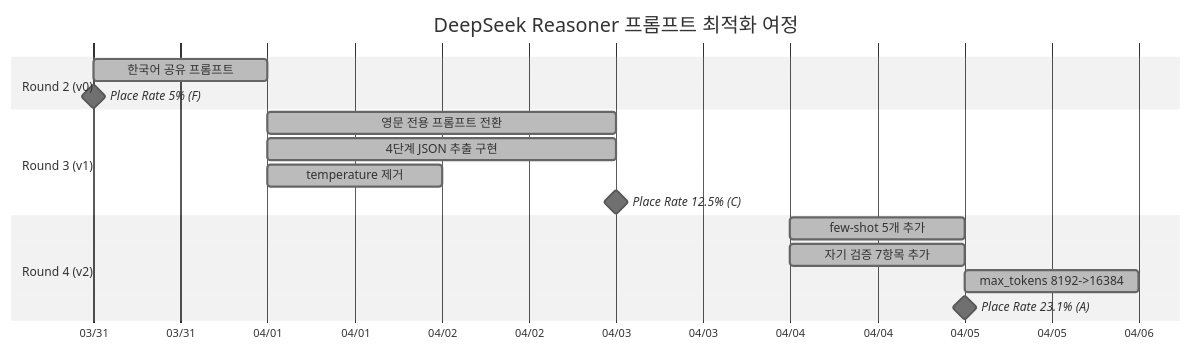
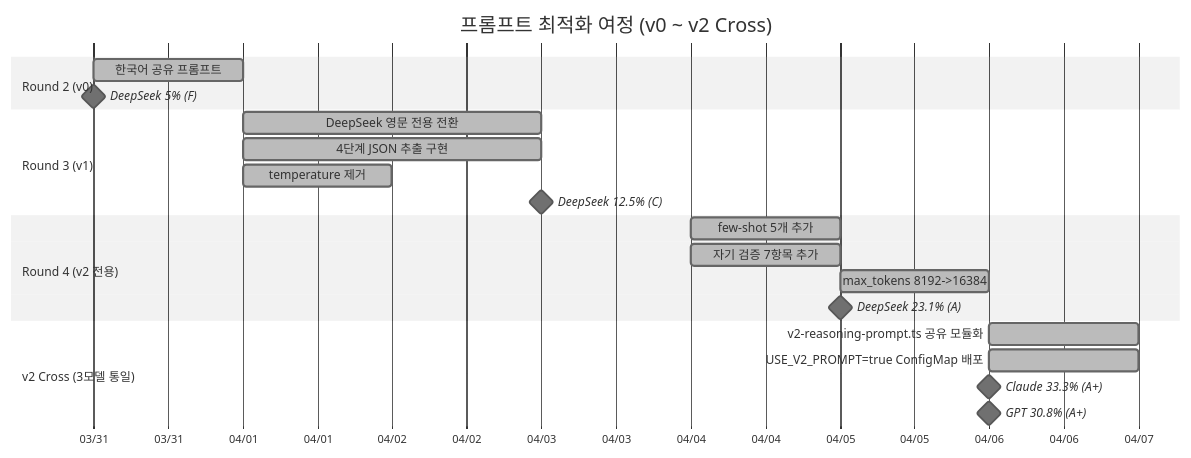
One commit to k82022603/RummiArena changed the ninth of 10 diagrams in docs/02-design/18-model-prompt-policy.md. Above: the diagram before and after it, drawn with Mermaid (neutral theme). The commit also changed other lines of this file and 17 other files, not shown here.

````diff
--- a/docs/02-design/18-model-prompt-policy.md
+++ b/docs/02-design/18-model-prompt-policy.md
@@ -309,22 +345,28 @@
 ```mermaid
 gantt
-    title DeepSeek Reasoner 프롬프트 최적화 여정
+    title 프롬프트 최적화 여정 (v0 ~ v2 Cross)
     dateFormat YYYY-MM-DD
     axisFormat %m/%d
 
     section Round 2 (v0)
     한국어 공유 프롬프트       :done, r2, 2026-03-31, 1d
-    Place Rate 5% (F)          :milestone, m2, 2026-03-31, 0d
+    DeepSeek 5% (F)            :milestone, m2, 2026-03-31, 0d
 
     section Round 3 (v1)
-    영문 전용 프롬프트 전환     :done, r3a, 2026-04-01, 2d
+    DeepSeek 영문 전용 전환    :done, r3a, 2026-04-01, 2d
     4단계 JSON 추출 구현        :done, r3b, 2026-04-01, 2d
     temperature 제거            :done, r3c, 2026-04-01, 1d
-    Place Rate 12.5% (C)       :milestone, m3, 2026-04-03, 0d
+    DeepSeek 12.5% (C)         :milestone, m3, 2026-04-03, 0d
 
-    section Round 4 (v2)
+    section Round 4 (v2 전용)
     few-shot 5개 추가           :done, r4a, 2026-04-04, 1d
     자기 검증 7항목 추가        :done, r4b, 2026-04-04, 1d
     max_tokens 8192->16384      :done, r4c, 2026-04-05, 1d
-    Place Rate 23.1% (A)       :milestone, m4, 2026-04-05, 0d
+    DeepSeek 23.1% (A)         :milestone, m4, 2026-04-05, 0d
+
+    section v2 Cross (3모델 통일)
+    v2-reasoning-prompt.ts 공유 모듈화  :done, v2a, 2026-04-06, 1d
+    USE_V2_PROMPT=true ConfigMap 배포   :done, v2b, 2026-04-06, 1d
+    Claude 33.3% (A+)         :milestone, mv2c, 2026-04-06, 0d
+    GPT 30.8% (A+)            :milestone, mv2g, 2026-04-06, 0d
 ```
````
